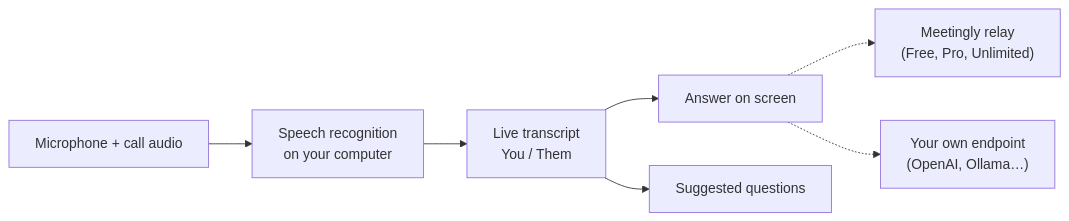
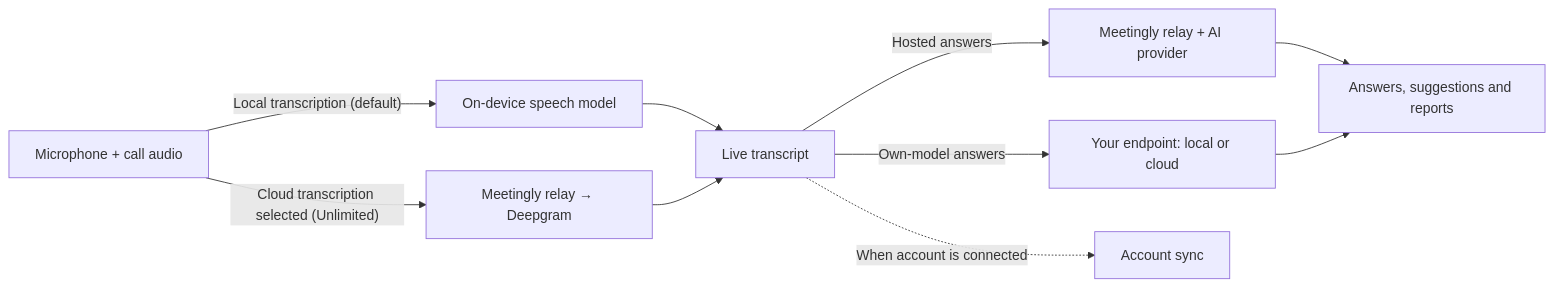
Before and after one commit to iskandaryv/meetingly-ai: the diagram in README.es.md, drawn with Mermaid. The commit also changed other lines of this file and 16 other files, not shown here.

````diff
--- a/README.es.md
+++ b/README.es.md
@@ -88,9 +88,12 @@
 ```mermaid
 flowchart LR
-  A["Microphone + call audio"] --> B["Speech recognition<br/>on your computer"]
-  B --> C["Live transcript<br/>You / Them"]
-  C --> D["Answer on screen"]
-  C --> E["Suggested questions"]
-  D -.-> F["Meetingly relay<br/>(Free, Pro, Unlimited)"]
-  D -.-> G["Your own endpoint<br/>(OpenAI, Ollama…)"]
+  A["Microphone + call audio"] -->|"Local transcription (default)"| B["On-device speech model"]
+  A -->|"Cloud transcription selected (Unlimited)"| H["Meetingly relay → Deepgram"]
+  B --> C["Live transcript"]
+  H --> C
+  C -->|"Hosted answers"| F["Meetingly relay + AI provider"]
+  C -->|"Own-model answers"| G["Your endpoint: local or cloud"]
+  F --> D["Answers, suggestions and reports"]
+  G --> D
+  C -.->|"When account is connected"| S["Account sync"]
 ```
````
